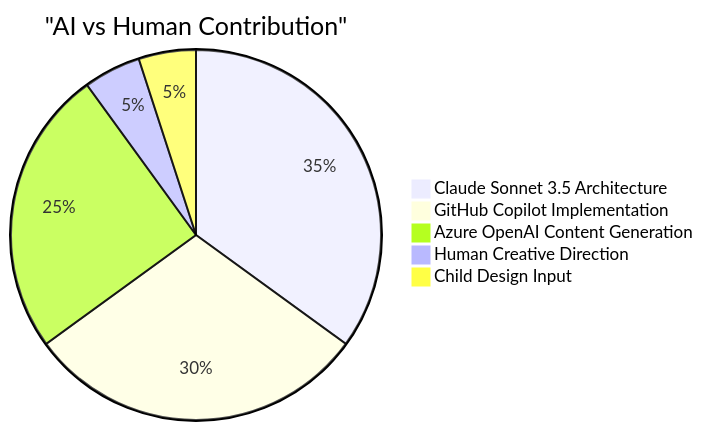
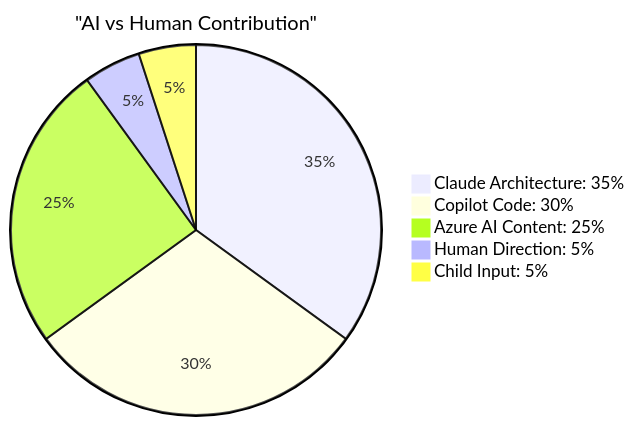
The fourth of 7 diagrams in docs/_posts/2025-08-06-first-poc-working-ai-orchestrated-game-development.md (victorsaly/WorldLeadersGame), drawn with Mermaid before and after one commit. The commit also changed 7 other files, not shown here.

Commit message:
🎨 Update Mermaid Diagrams for Enhanced Clarity and Readability

````diff
--- a/docs/_posts/2025-08-06-first-poc-working-ai-orchestrated-game-development.md
+++ b/docs/_posts/2025-08-06-first-poc-working-ai-orchestrated-game-development.md
@@ -205,8 +205,9 @@
 ```mermaid
+%%{init: {'pie': {'textPosition': 0.75}, 'themeVariables': {'pieOuterStrokeWidth': '2px', 'pieSectionTextSize': '16px', 'pieTitleTextSize': '20px'}}}%%
 pie title "AI vs Human Contribution"
-    "Claude Sonnet 3.5 Architecture" : 35
-    "GitHub Copilot Implementation" : 30
-    "Azure OpenAI Content Generation" : 25
-    "Human Creative Direction" : 5
-    "Child Design Input" : 5
+    "Claude Architecture: 35%" : 35
+    "Copilot Code: 30%" : 30
+    "Azure AI Content: 25%" : 25
+    "Human Direction: 5%" : 5
+    "Child Input: 5%" : 5
 ```
````
